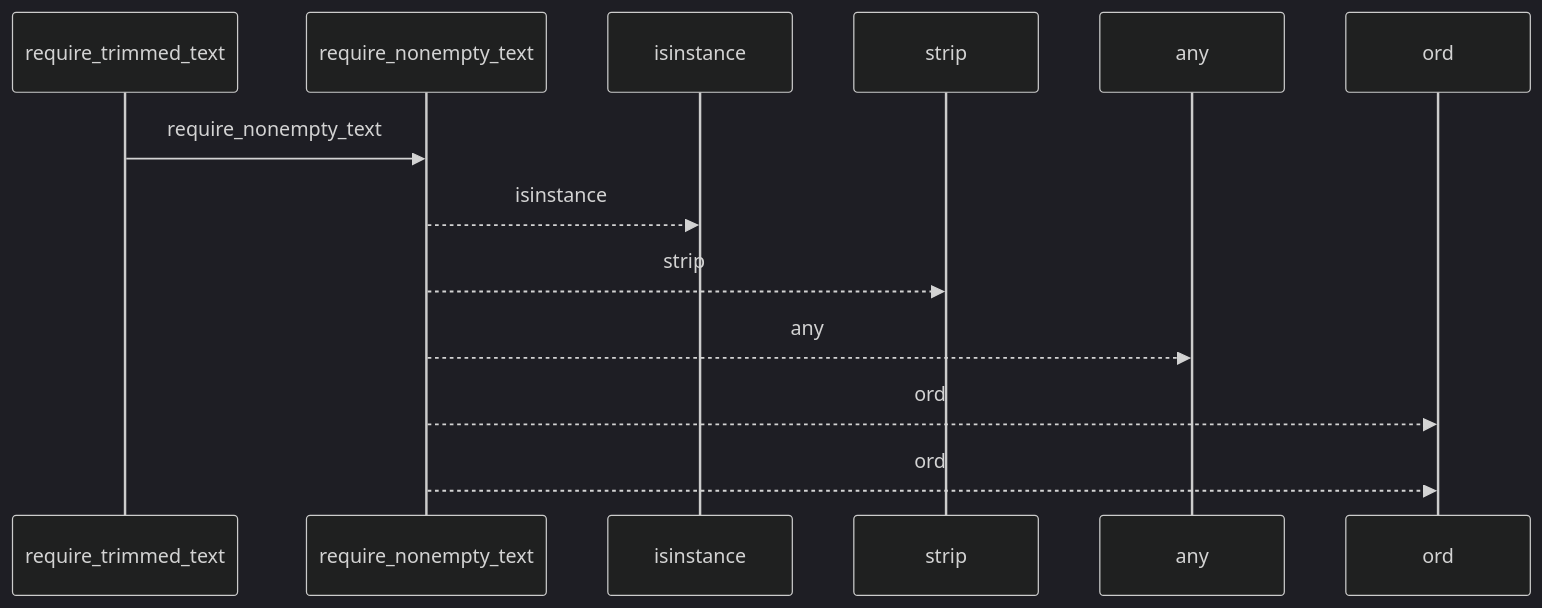
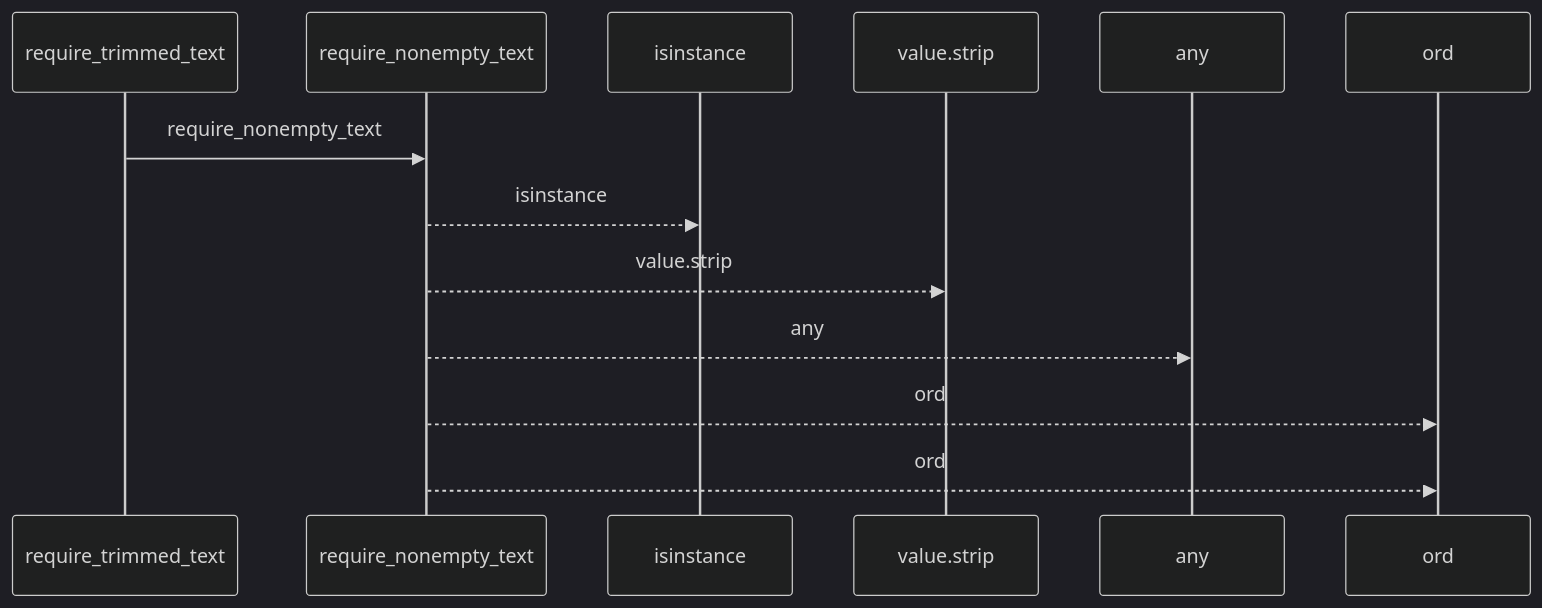
Before and after one commit to Denissvgn/python-wiki-llm: the first of 2 diagrams in docs/llm_wiki/flows/api-require_trimmed_text.md, drawn with Mermaid (dark theme). The commit also changed other lines of this file and 719 other files, not shown here.

````diff
--- a/docs/llm_wiki/flows/api-require_trimmed_text.md
+++ b/docs/llm_wiki/flows/api-require_trimmed_text.md
@@ -10,15 +10,15 @@
 ```mermaid
 sequenceDiagram
     participant p0 as require_trimmed_text
     participant p1 as require_nonempty_text
     participant p2 as isinstance
-    participant p3 as strip
+    participant p3 as value.strip
     participant p4 as any
     participant p5 as ord
     p0->>p1: require_nonempty_text
     p1-->>p2: isinstance
-    p1-->>p3: strip
+    p1-->>p3: value.strip
     p1-->>p4: any
     p1-->>p5: ord
     p1-->>p5: ord
 ```
````
